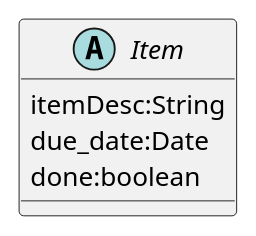
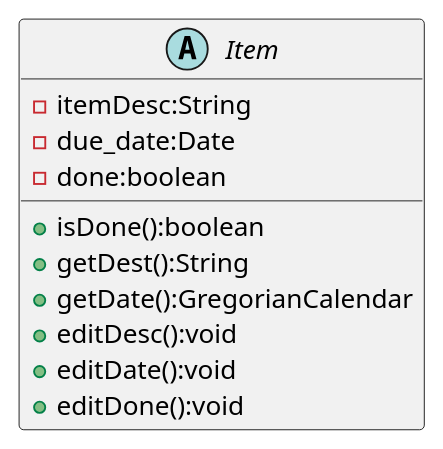
The diagram in src/uml/Item.puml (tiffanythani/Thani-cop3330-assignment4part2), drawn with PlantUML before and after one commit. The commit also changed 10 other files, not shown here.

```diff
--- a/src/uml/Item.puml
+++ b/src/uml/Item.puml
@@ -1,12 +1,18 @@
 @startuml
 'https://plantuml.com/class-diagram
 
 abstract class Item {
-    itemDesc:String
-    due_date:Date
-    done:boolean
+    -itemDesc:String
+    -due_date:Date
+    -done:boolean
+    +isDone():boolean
+    +getDest():String
+    +getDate():GregorianCalendar
+    +editDesc():void
+    +editDate():void
+    +editDone():void
 }
 
 
 
 @enduml
```
